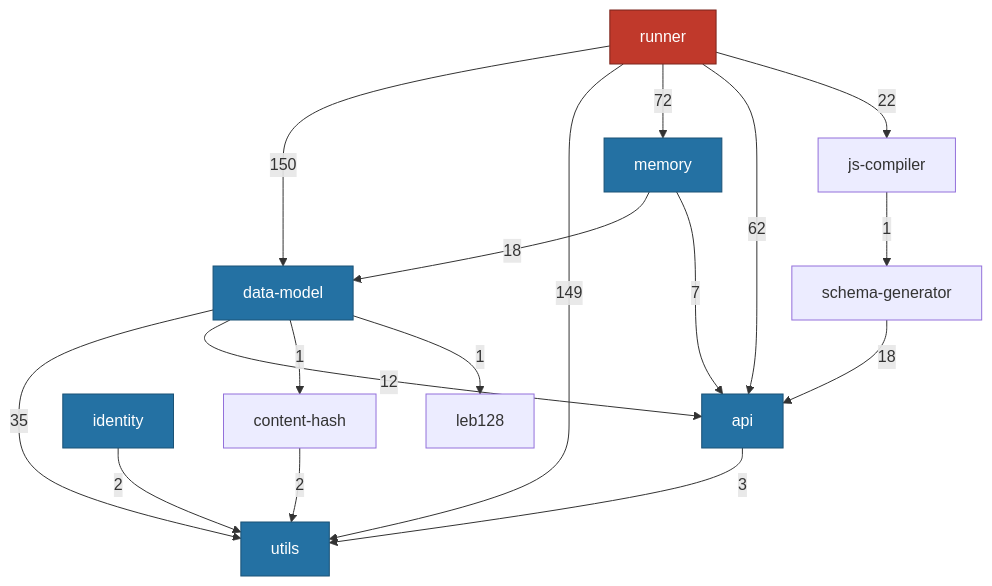
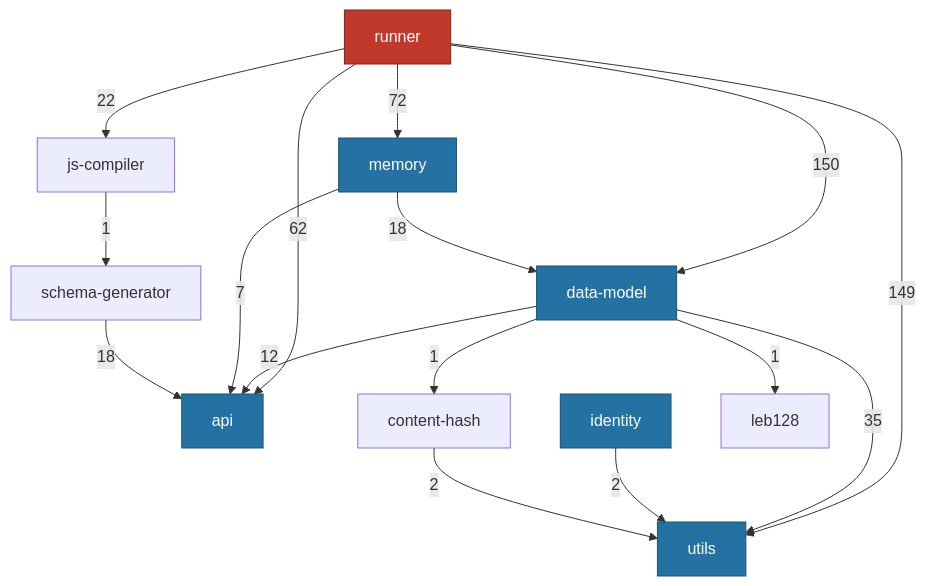
Before and after one commit to commontoolsinc/labs: the first of 3 diagrams in docs/development/orientation/dependency-graph.md, drawn with Mermaid. The commit also changed other lines of this file and 7 other files, not shown here.

First line of the commit message:
docs(orientation): correct flow diagrams and interpretive claims

````diff
--- a/docs/development/orientation/dependency-graph.md
+++ b/docs/development/orientation/dependency-graph.md
@@ -29,31 +31,30 @@
 ```mermaid
 flowchart TD
     classDef hub fill:#c0392b,stroke:#7b241c,color:#fff
     classDef floor fill:#2471a3,stroke:#1a5276,color:#fff
 
     runner["runner"]:::hub
     utils["utils"]:::floor
     datamodel["data-model"]:::floor
     api["api"]:::floor
     identity["identity"]:::floor
     memory["memory"]:::floor
     contenthash["content-hash"]
     leb128["leb128"]
 
     runner -->|150| datamodel
     runner -->|149| utils
     runner -->|72| memory
     runner -->|62| api
     runner -->|22| jsc["js-compiler"]
     datamodel -->|35| utils
     datamodel -->|12| api
     datamodel -->|1| contenthash
     datamodel -->|1| leb128
     memory -->|18| datamodel
     memory -->|7| api
-    api -->|3| utils
     identity -->|2| utils
     contenthash -->|2| utils
     jsc -->|1| schemagen["schema-generator"]
     schemagen -->|18| api
 ```
````
